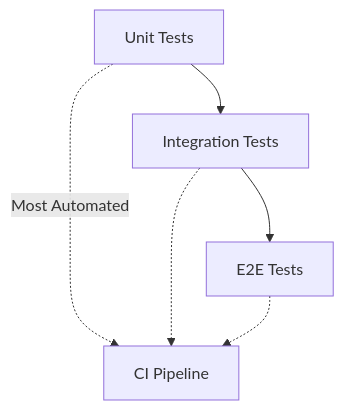
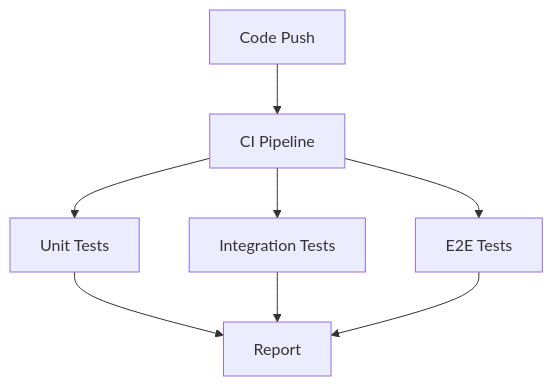
One commit to amhemanth/LexiReport_backend changed the seventh of 9 diagrams in docs/testing.md. Above: the diagram before and after it, drawn with Mermaid. The commit also changed other lines of this file and 40 other files, not shown here.

````diff
--- a/docs/testing.md
+++ b/docs/testing.md
@@ -183,11 +371,10 @@
 ```mermaid
 graph TD
-    A[Unit Tests]
-    B[Integration Tests]
-    C[E2E Tests]
-    A --> B
-    B --> C
-    A -.->|Most Automated| CI[CI Pipeline]
-    B -.-> CI
-    C -.-> CI
+    A[Code Push] --> B[CI Pipeline]
+    B --> C[Unit Tests]
+    B --> D[Integration Tests]
+    B --> E[E2E Tests]
+    C --> F[Report]
+    D --> F
+    E --> F
 ```
````
